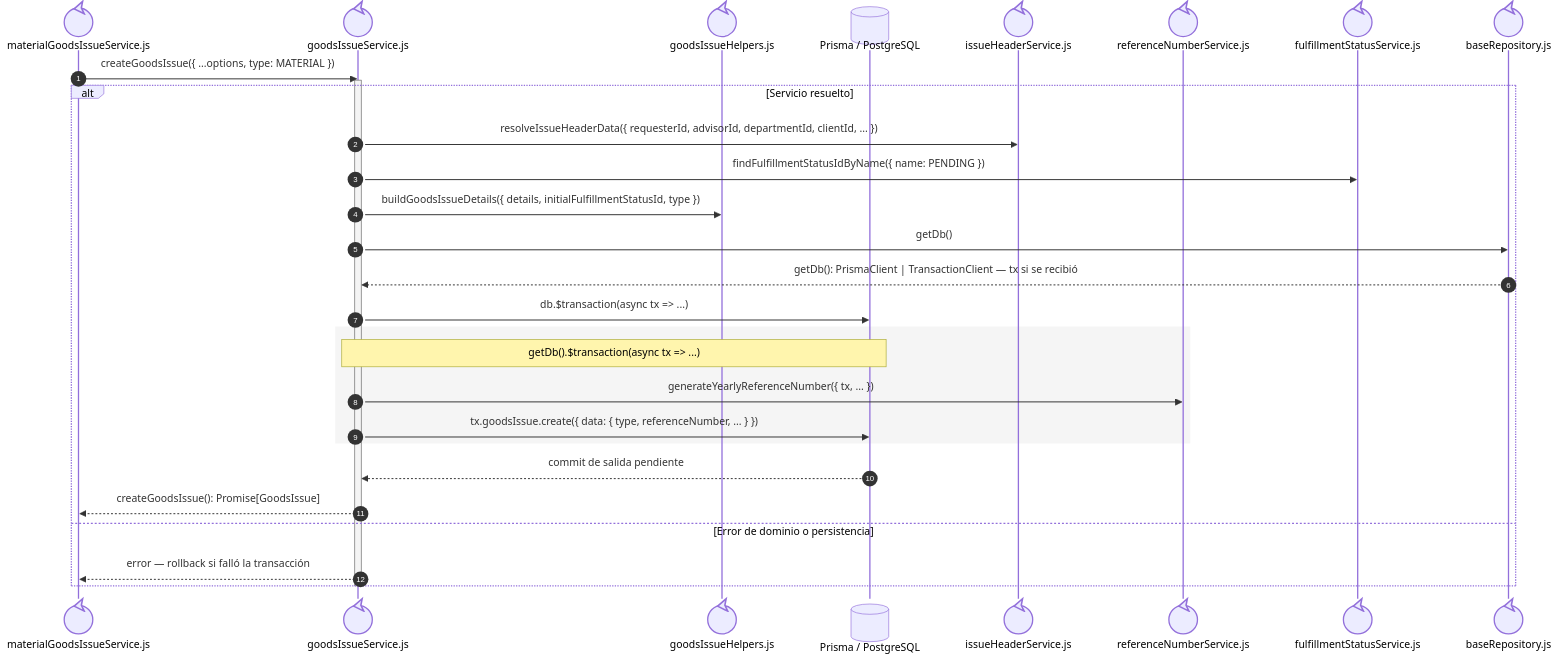
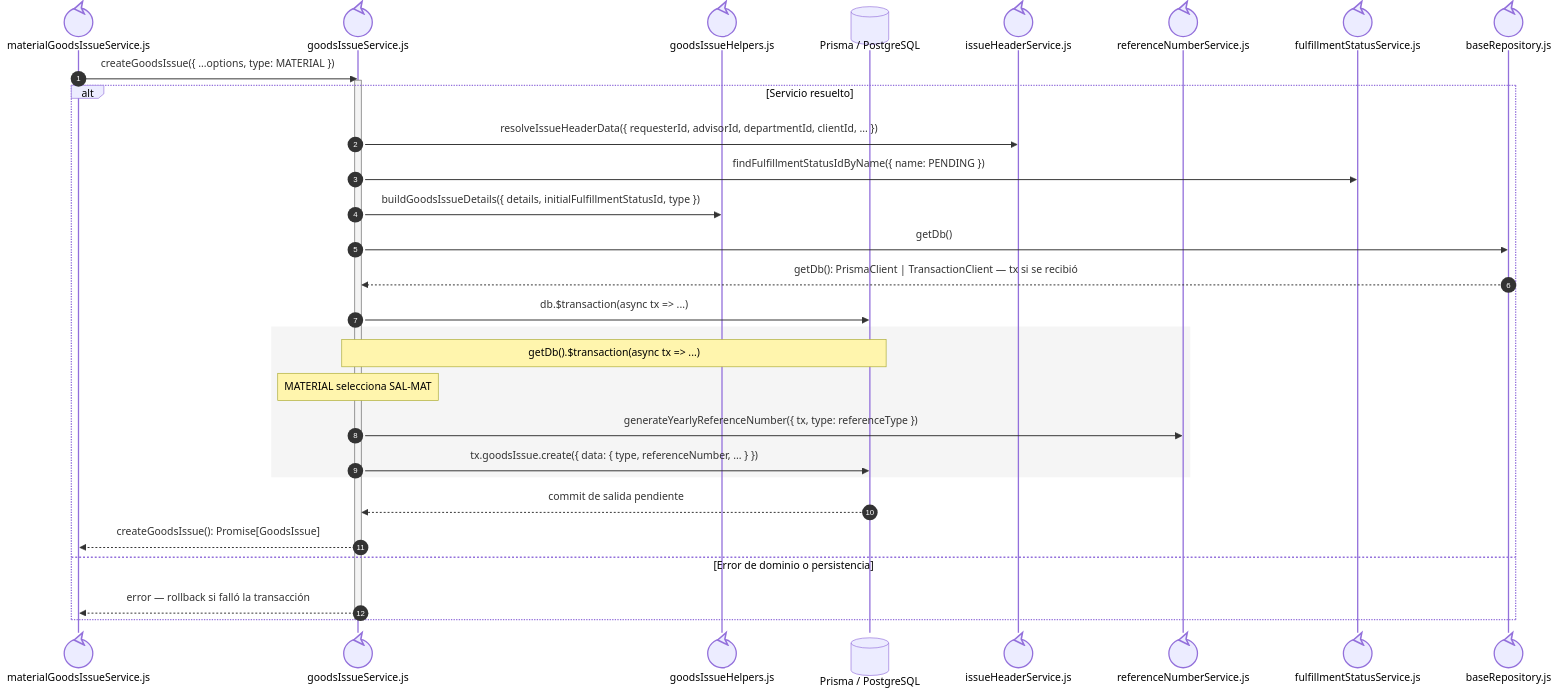
Before and after one commit to gpgsistemas01/nexus: the fourth of 4 diagrams in docs/architecture/views/processes/backend-code-sequences/issues/cu-sal-02.md, drawn with Mermaid. The commit also changed 14 other files, not shown here.

````diff
--- a/docs/architecture/views/processes/backend-code-sequences/issues/cu-sal-02.md
+++ b/docs/architecture/views/processes/backend-code-sequences/issues/cu-sal-02.md
@@ -165,34 +165,35 @@
 ```mermaid
 sequenceDiagram
     autonumber
     participant Facade@{ "type": "control" } as materialGoodsIssueService.js
     participant Core@{ "type": "control" } as goodsIssueService.js
     participant Helpers@{ "type": "control" } as goodsIssueHelpers.js
     participant Prisma@{ "type": "database" } as Prisma / PostgreSQL
     participant Header@{ "type": "control" } as issueHeaderService.js
     participant Reference@{ "type": "control" } as referenceNumberService.js
     participant Fulfillment@{ "type": "control" } as fulfillmentStatusService.js
 
     participant FileBaseRepository@{ "type": "control" } as baseRepository.js
 
     Facade->>Core: createGoodsIssue({ ...options, type: MATERIAL })
     activate Core
     alt Servicio resuelto
         Core->>Header: resolveIssueHeaderData({ requesterId, advisorId, departmentId, clientId, ... })
         Core->>Fulfillment: findFulfillmentStatusIdByName({ name: PENDING })
         Core->>Helpers: buildGoodsIssueDetails({ details, initialFulfillmentStatusId, type })
         Core->>FileBaseRepository: getDb()
         FileBaseRepository-->>Core: getDb(): PrismaClient | TransactionClient — tx si se recibió
         Core->>Prisma: db.$transaction(async tx => ...)
         rect rgb(245, 245, 245)
             Note over Core,Prisma: getDb().$transaction(async tx => ...)
-            Core->>Reference: generateYearlyReferenceNumber({ tx, ... })
+            Note over Core: MATERIAL selecciona SAL-MAT
+            Core->>Reference: generateYearlyReferenceNumber({ tx, type: referenceType })
             Core->>Prisma: tx.goodsIssue.create({ data: { type, referenceNumber, ... } })
         end
         Prisma-->>Core: commit de salida pendiente
         Core-->>Facade: createGoodsIssue(): Promise[GoodsIssue]
     else Error de dominio o persistencia
         Core-->>Facade: error — rollback si falló la transacción
     end
     deactivate Core
 ```
````
